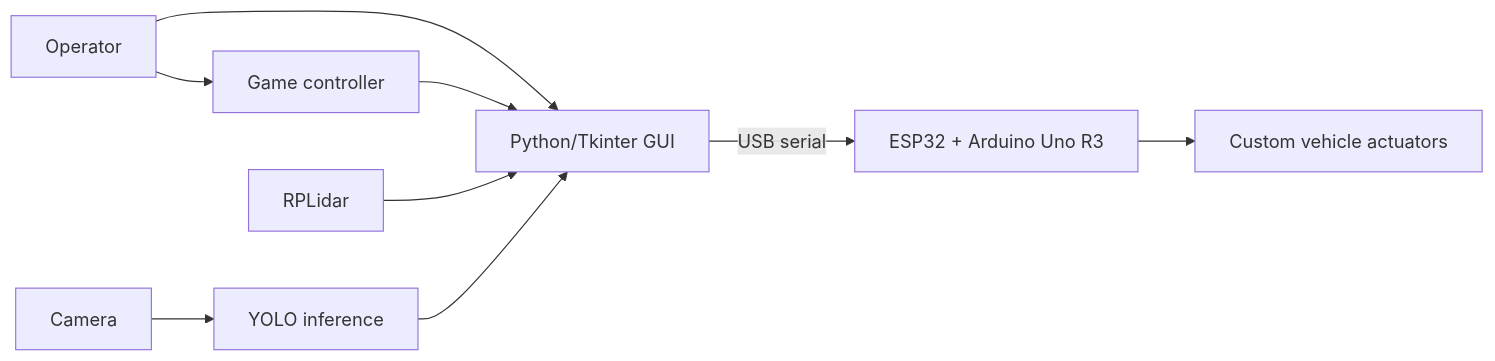
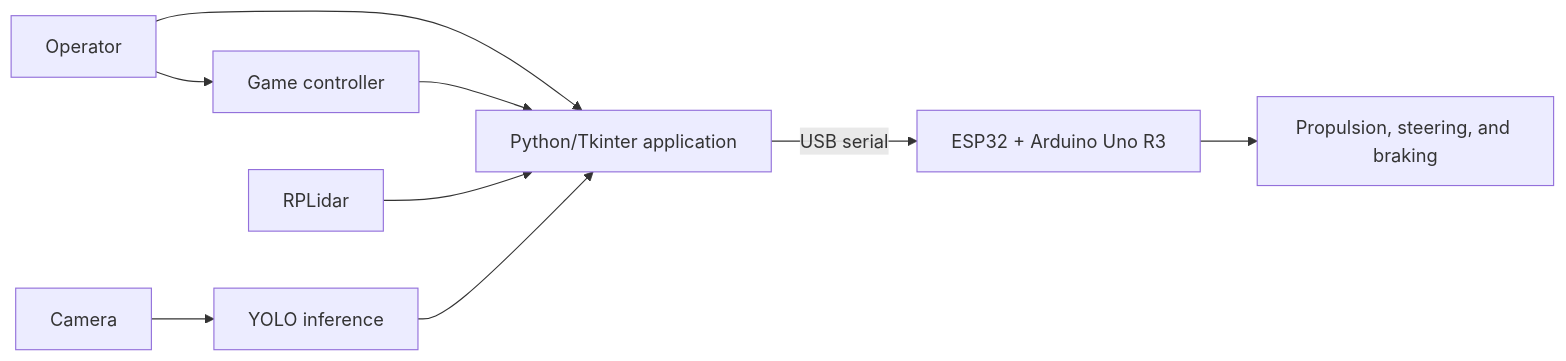
One commit to Mohemed-Amine-Chalhy/Car_Interface changed the diagram in docs/case-study.md. Above: the diagram before and after it, drawn with Mermaid. The commit also changed other lines of this file and 45 other files, not shown here.

````diff
--- a/docs/case-study.md
+++ b/docs/case-study.md
@@ -81,11 +81,11 @@
-```mermaid
+~~~mermaid
 flowchart LR
     Operator --> Controller[Game controller]
-    Operator --> GUI[Python/Tkinter GUI]
+    Operator --> GUI[Python/Tkinter application]
     Controller --> GUI
     Lidar[RPLidar] --> GUI
     Camera --> YOLO[YOLO inference]
     YOLO --> GUI
     GUI -->|USB serial| Boards[ESP32 + Arduino Uno R3]
-    Boards --> Vehicle[Custom vehicle actuators]
-```
+    Boards --> Vehicle[Propulsion, steering, and braking]
+~~~
````
